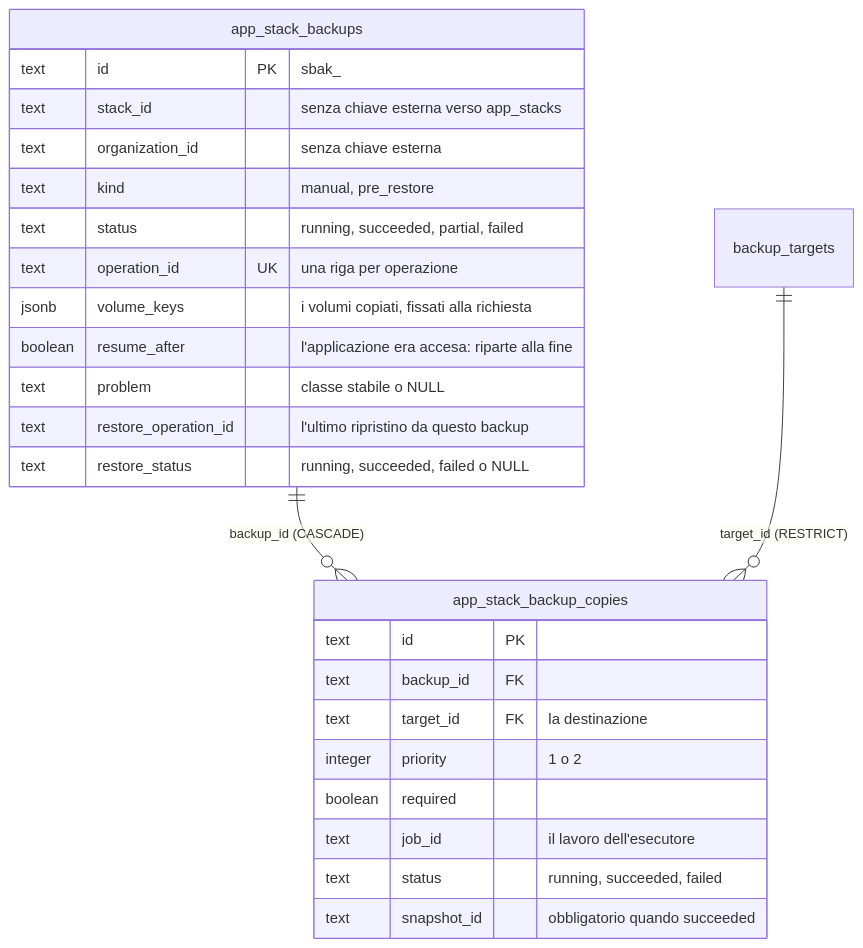
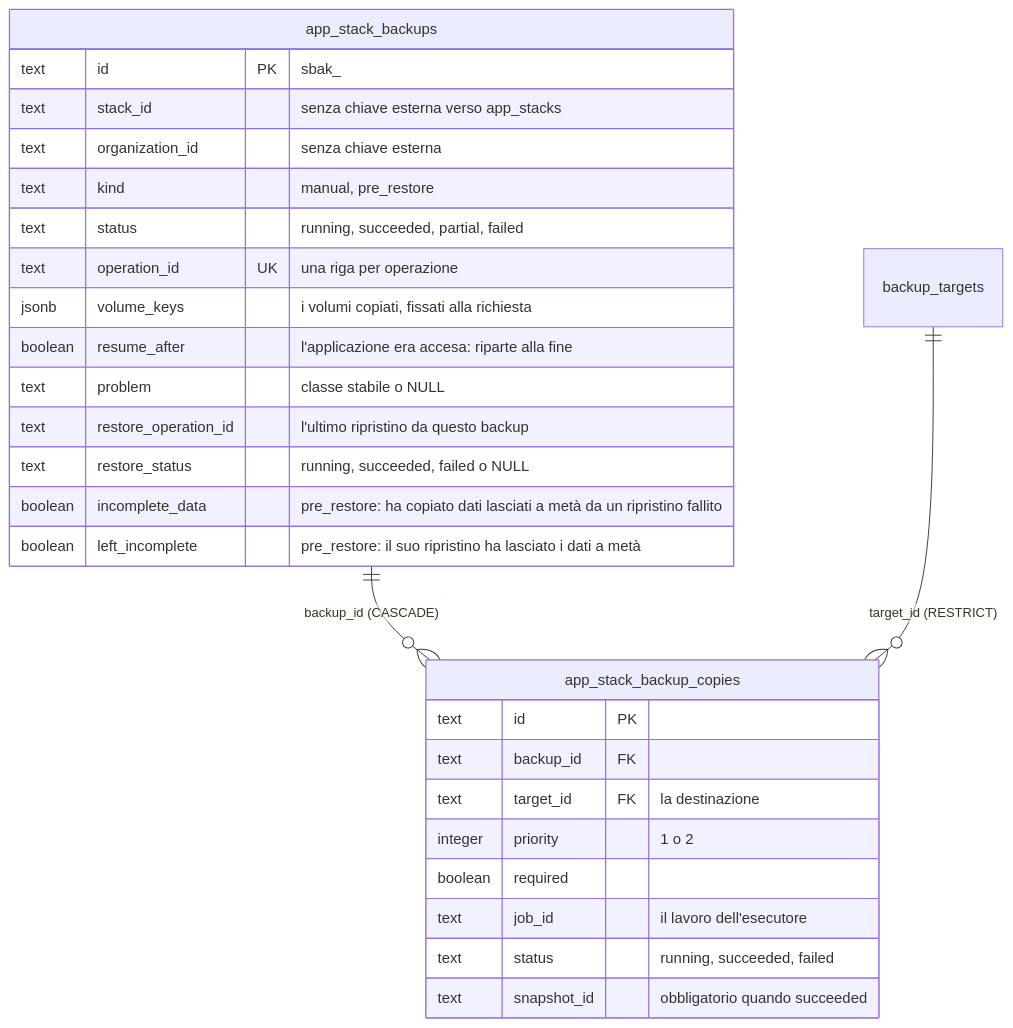
Before and after one commit to lollinoo/hosting-panel: the sixth of 6 diagrams in docs/architecture/diagrams/domain-er-and-boundaries.md, drawn with Mermaid. The commit also changed other lines of this file, not shown here.

Commit message:
docs(apps): the safety backup marks of migration 0027 in the ER diagram
Refs #56

````diff
--- a/docs/architecture/diagrams/domain-er-and-boundaries.md
+++ b/docs/architecture/diagrams/domain-er-and-boundaries.md
@@ -617,29 +617,31 @@
 ```mermaid
 erDiagram
     app_stack_backups ||--o{ app_stack_backup_copies : "backup_id (CASCADE)"
     backup_targets ||--o{ app_stack_backup_copies : "target_id (RESTRICT)"
 
     app_stack_backups {
         text id PK "sbak_<id>"
         text stack_id "senza chiave esterna verso app_stacks"
         text organization_id "senza chiave esterna"
         text kind "manual, pre_restore"
         text status "running, succeeded, partial, failed"
         text operation_id UK "una riga per operazione"
         jsonb volume_keys "i volumi copiati, fissati alla richiesta"
         boolean resume_after "l'applicazione era accesa: riparte alla fine"
         text problem "classe stabile o NULL"
         text restore_operation_id "l'ultimo ripristino da questo backup"
         text restore_status "running, succeeded, failed o NULL"
+        boolean incomplete_data "pre_restore: ha copiato dati lasciati a metà da un ripristino fallito"
+        boolean left_incomplete "pre_restore: il suo ripristino ha lasciato i dati a metà"
     }
     app_stack_backup_copies {
         text id PK
         text backup_id FK
         text target_id FK "la destinazione"
         integer priority "1 o 2"
         boolean required
         text job_id "il lavoro dell'esecutore"
         text status "running, succeeded, failed"
         text snapshot_id "obbligatorio quando succeeded"
     }
 ```
````
